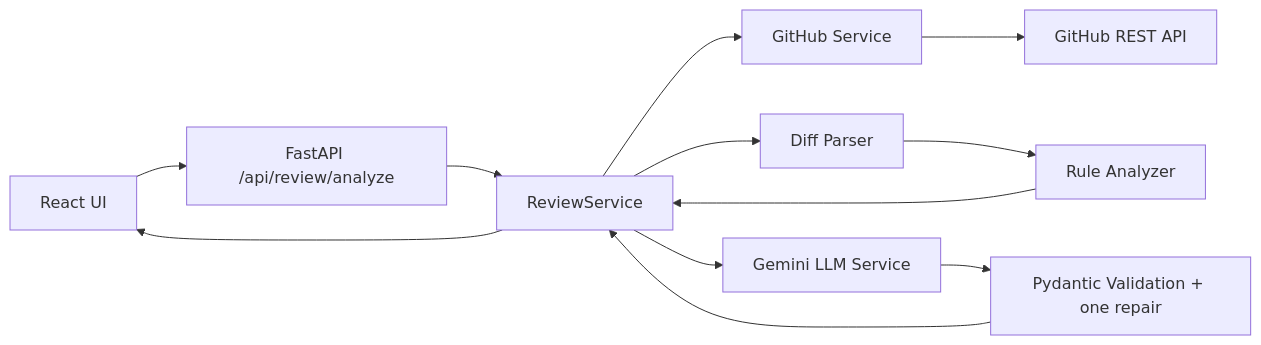
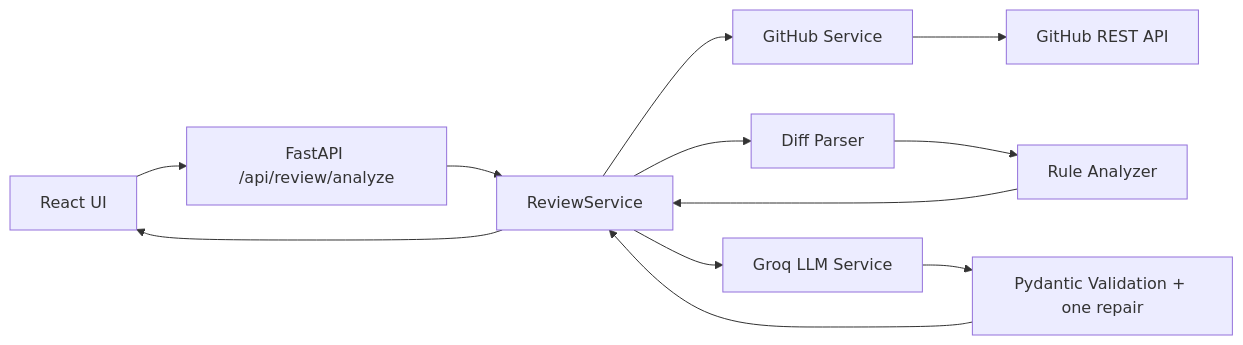
One commit to vayugautam/CodeReviewer changed the diagram in README.md. Above: the diagram before and after it, drawn with Mermaid. The commit also changed other lines of this file, not shown here.

Commit message:
docs: improve project README and align LLM provider

````diff
--- a/README.md
+++ b/README.md
@@ -21,14 +32,14 @@
 ```mermaid
 flowchart LR
   UI[React UI] --> API[FastAPI /api/review/analyze]
   API --> RS[ReviewService]
   RS --> GH[GitHub Service]
   GH --> GHA[GitHub REST API]
   RS --> DP[Diff Parser]
   DP --> RA[Rule Analyzer]
   RA --> RS
-  RS --> LLM[Gemini LLM Service]
+  RS --> LLM[Groq LLM Service]
   LLM --> PV[Pydantic Validation + one repair]
   PV --> RS
   RS --> UI
 ```
````
